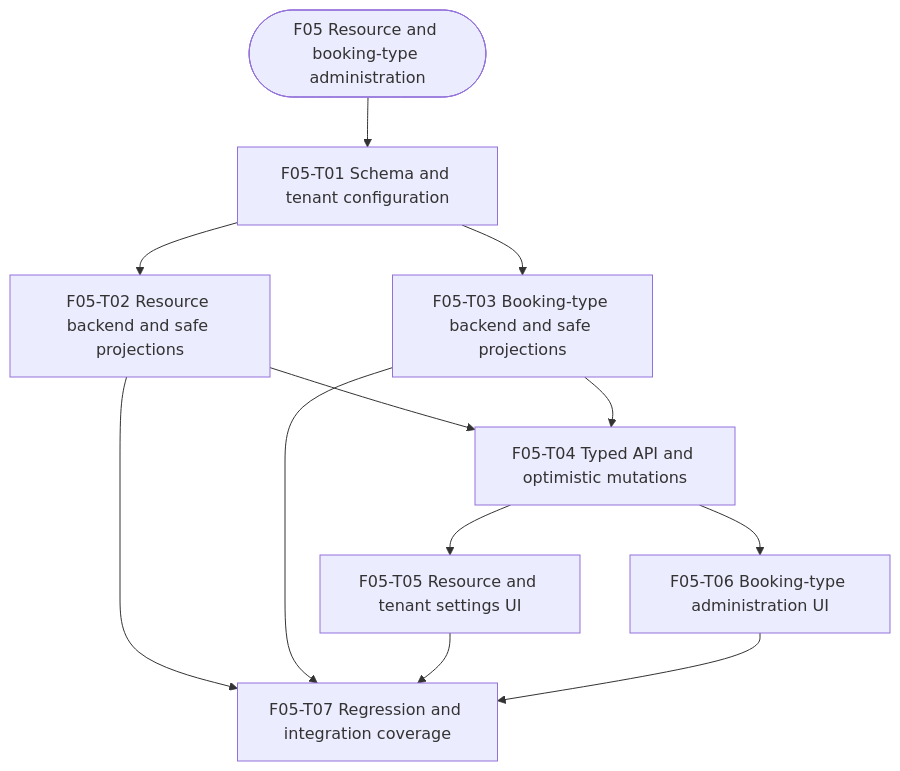
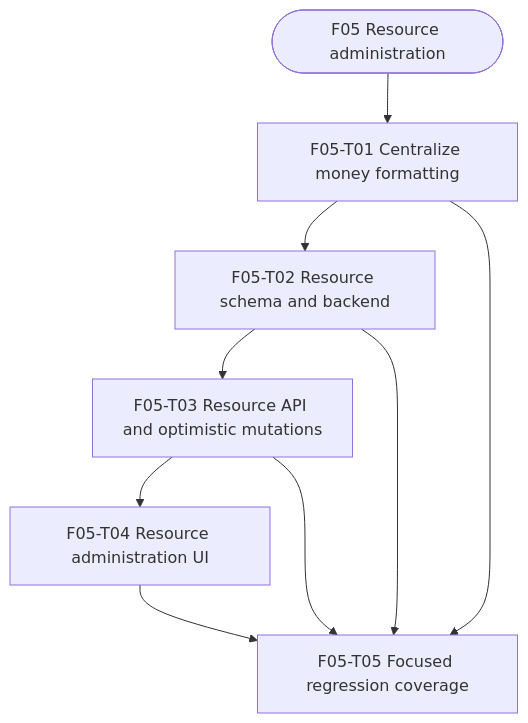
One commit to cbtgit/asset-calendar changed the second of 2 diagrams in docs/proposed-feature-split.md. Above: the diagram before and after it, drawn with Mermaid. The commit also changed other lines of this file and 32 other files, not shown here.

````diff
--- a/docs/proposed-feature-split.md
+++ b/docs/proposed-feature-split.md
@@ -822,14 +818,11 @@
 ```mermaid
 flowchart TD
-  F05([F05 Resource and booking-type administration]) --> T01[F05-T01 Schema and tenant configuration]
-  T01 --> T02[F05-T02 Resource backend and safe projections]
-  T01 --> T03[F05-T03 Booking-type backend and safe projections]
-  T02 --> T04[F05-T04 Typed API and optimistic mutations]
-  T03 --> T04
-  T04 --> T05[F05-T05 Resource and tenant settings UI]
-  T04 --> T06[F05-T06 Booking-type administration UI]
-  T02 --> T07[F05-T07 Regression and integration coverage]
-  T03 --> T07
-  T05 --> T07
-  T06 --> T07
+  F05([F05 Resource administration]) --> T01[F05-T01 Centralize money formatting]
+  T01 --> T02[F05-T02 Resource schema and backend]
+  T02 --> T03[F05-T03 Resource API and optimistic mutations]
+  T03 --> T04[F05-T04 Resource administration UI]
+  T04 --> T05[F05-T05 Focused regression coverage]
+  T01 --> T05
+  T02 --> T05
+  T03 --> T05
 ```
````
